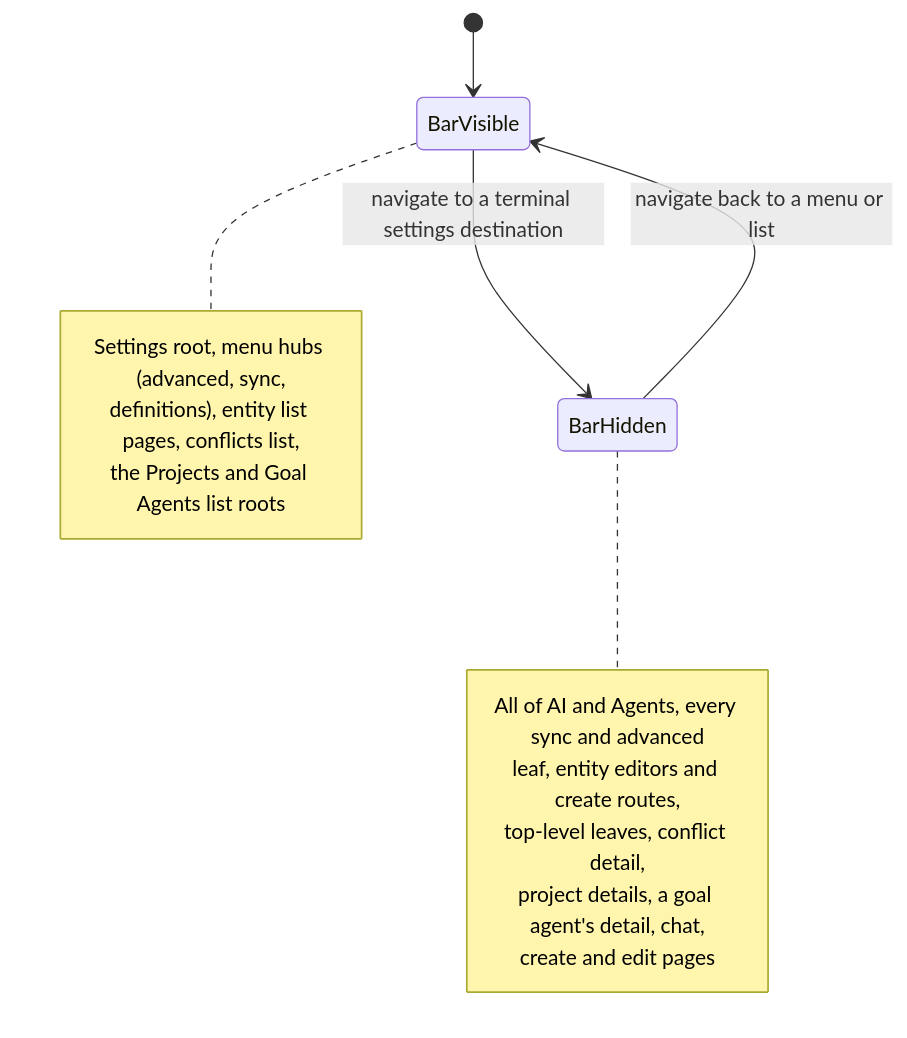
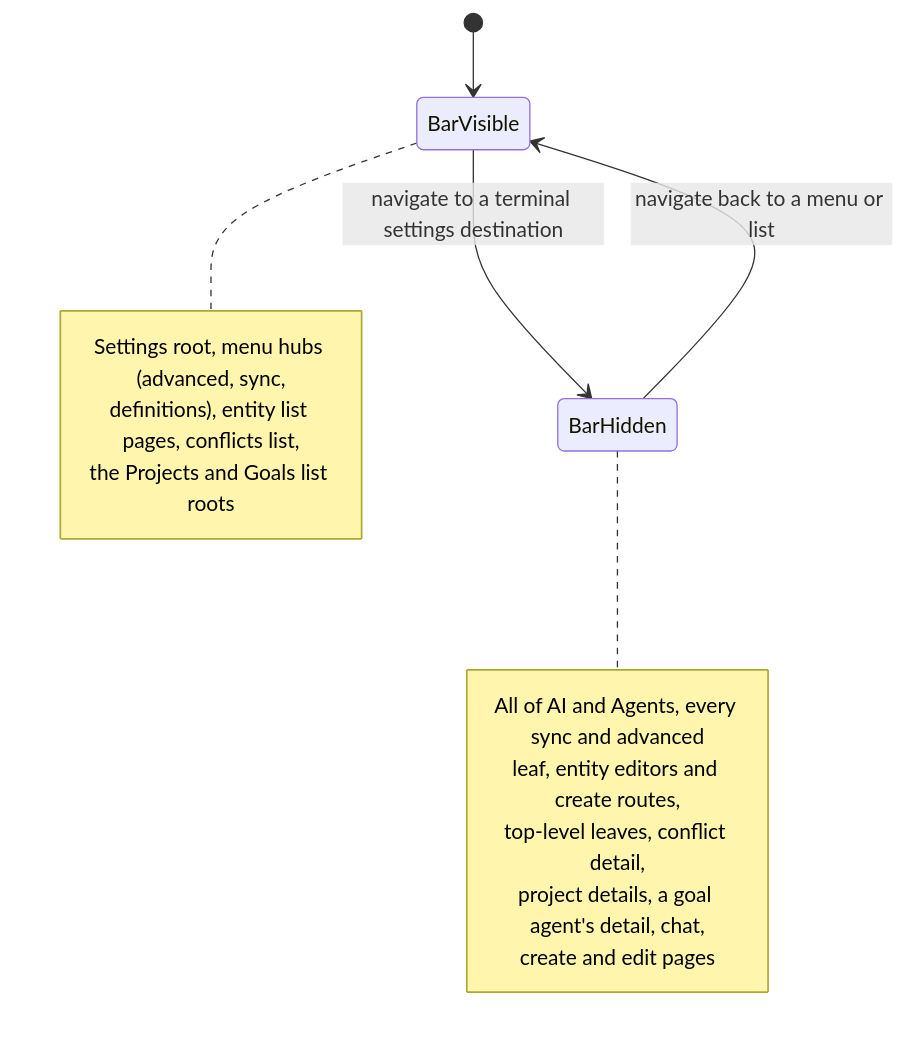
One commit to matthiasn/lotti changed the third of 3 diagrams in knowledge/architecture/navigation.md. Above: the diagram before and after it, drawn with Mermaid. The commit also changed other lines of this file and 63 other files, not shown here.

First line of the commit message:
chore: remove the never-released goal-agents surface

````diff
--- a/knowledge/architecture/navigation.md
+++ b/knowledge/architecture/navigation.md
@@ -274,18 +270,18 @@
 ```mermaid
 stateDiagram-v2
     [*] --> BarVisible
     BarVisible --> BarHidden: navigate to a terminal settings destination
     BarHidden --> BarVisible: navigate back to a menu or list
     note right of BarVisible
       Settings root, menu hubs (advanced, sync,
       definitions), entity list pages, conflicts list,
-      the Projects and Goal Agents list roots
+      the Projects and Goals list roots
     end note
     note right of BarHidden
       All of AI and Agents, every sync and advanced
       leaf, entity editors and create routes,
       top-level leaves, conflict detail,
       project details, a goal agent's detail, chat,
       create and edit pages
     end note
 ```
````
